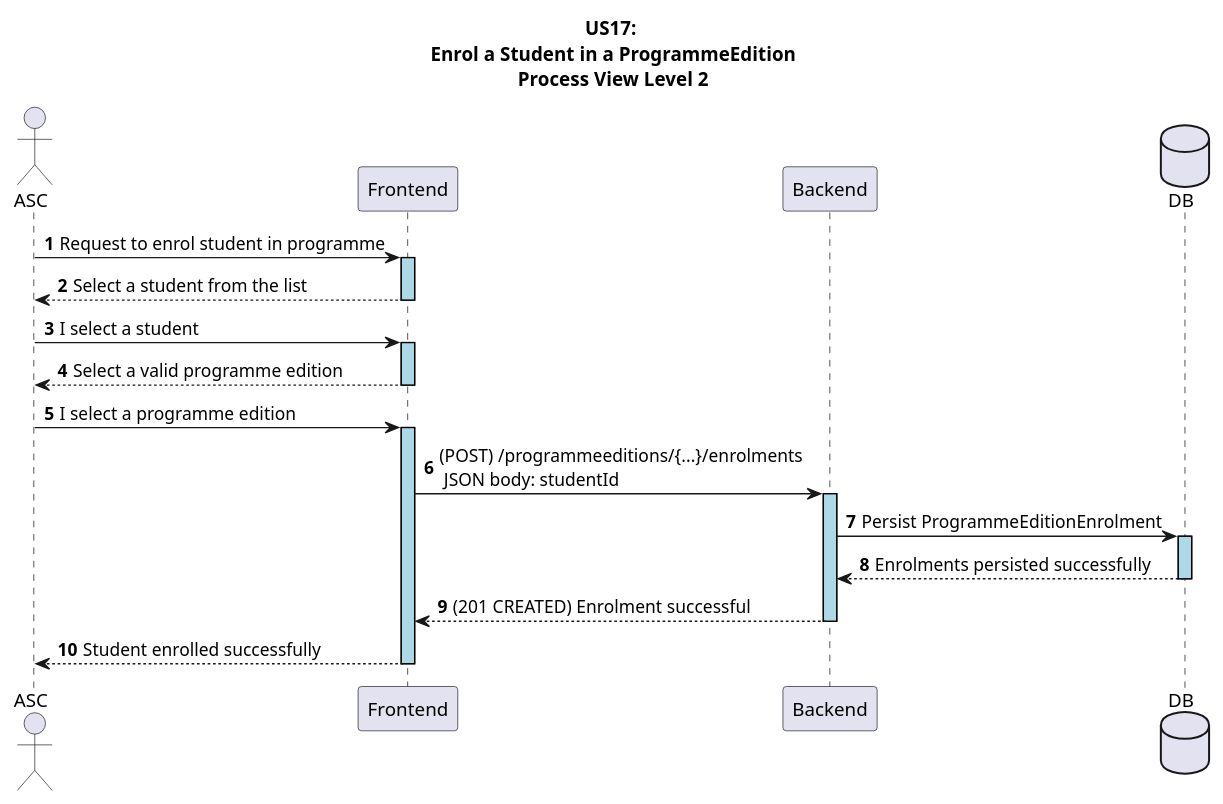
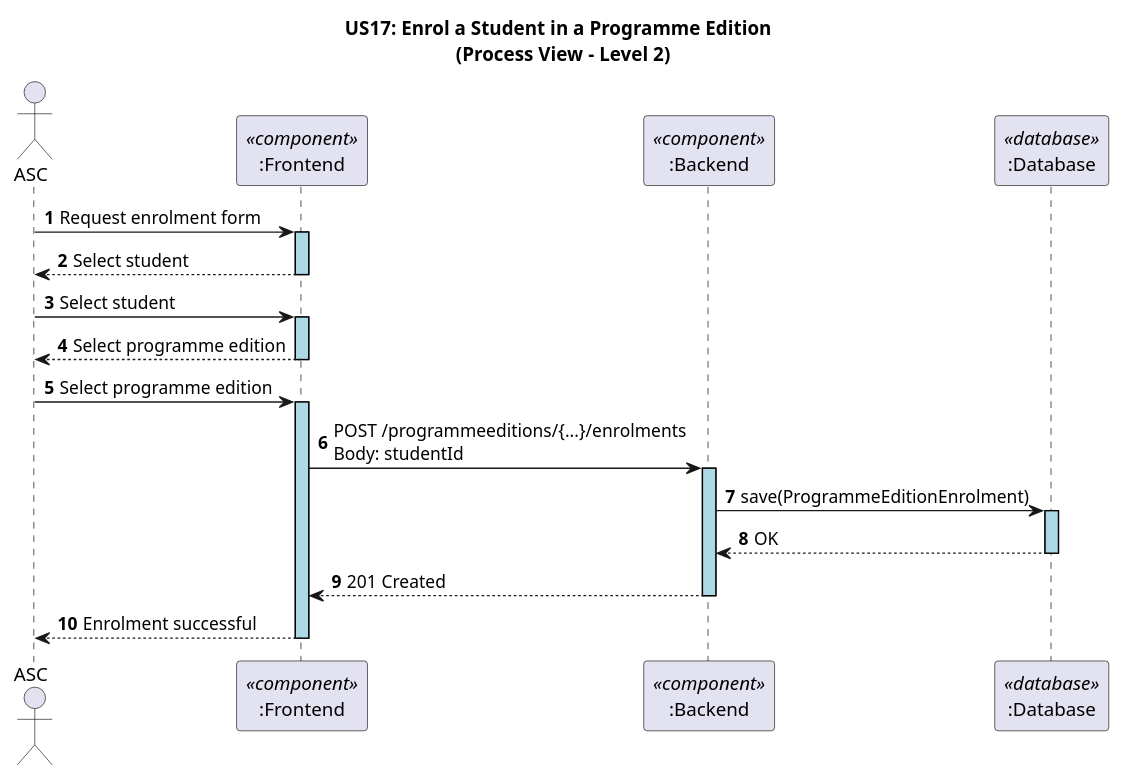
One commit to GasparISEP/DevOps-PAI changed the diagram in docs/US17/Sprint_6_RestAPI/ProcessView/US17_RestAPI_ProcessView_Level2.puml. Above: the diagram before and after it, drawn with PlantUML.

Commit message:
Ref #500, Subissue #587: ProcessView level2

```diff
--- a/docs/US17/Sprint_6_RestAPI/ProcessView/US17_RestAPI_ProcessView_Level2.puml
+++ b/docs/US17/Sprint_6_RestAPI/ProcessView/US17_RestAPI_ProcessView_Level2.puml
@@ -1,29 +1,32 @@
 @startuml
+
+' US17 - Enrol a Student in a Programme Edition
+' Process View - Level 2 (Frontend, Backend, DB)
+
 autonumber
 
 skinparam sequence {
    LifelineBorderColor black
    LifelineBackgroundColor LightBlue
- }
+}
 
-title US17:\n Enrol a Student in a ProgrammeEdition\n Process View Level 2
+title US17: Enrol a Student in a Programme Edition \n (Process View - Level 2)
 
 actor ASC
-participant "Frontend" as FE
-participant "Backend" as BE
-database DB
+participant ":Frontend" as FE <<component>>
+participant ":Backend" as BE <<component>>
+participant ":Database" as DB <<database>>
 
-ASC -> FE ++: Request to enrol student in programme
-FE --> ASC --: Select a student from the list
-ASC -> FE ++: I select a student
-FE --> ASC --: Select a valid programme edition
-ASC -> FE ++: I select a programme edition
+ASC -> FE ++: Request enrolment form
+FE --> ASC --: Select student
+ASC -> FE ++: Select student
+FE --> ASC --: Select programme edition
+ASC -> FE ++: Select programme edition
 
-FE -> BE ++: (POST) /programmeeditions/{...}/enrolments \n JSON body: studentId
-BE -> DB ++: Persist ProgrammeEditionEnrolment
-DB --> BE --: Enrolments persisted successfully
-
-BE --> FE --: (201 CREATED) Enrolment successful
-FE --> ASC --: Student enrolled successfully
+FE -> BE ++: POST /programmeeditions/{...}/enrolments\nBody: studentId
+BE -> DB ++: save(ProgrammeEditionEnrolment)
+DB --> BE --: OK
+BE --> FE --: 201 Created
+FE --> ASC --: Enrolment successful
 
 @enduml
```
